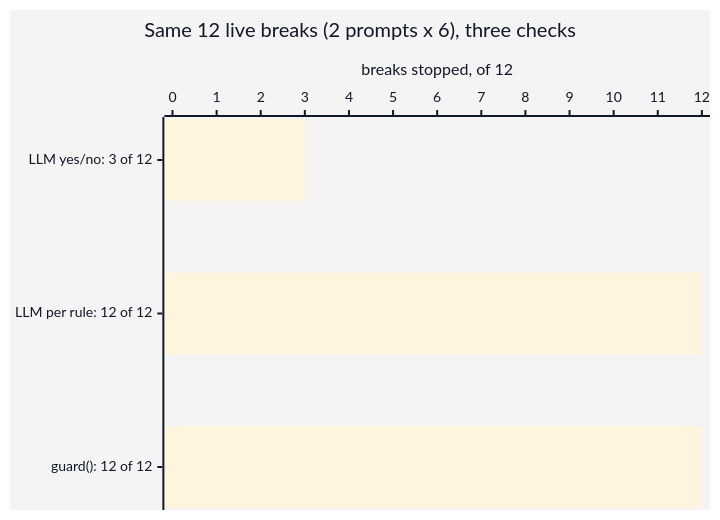
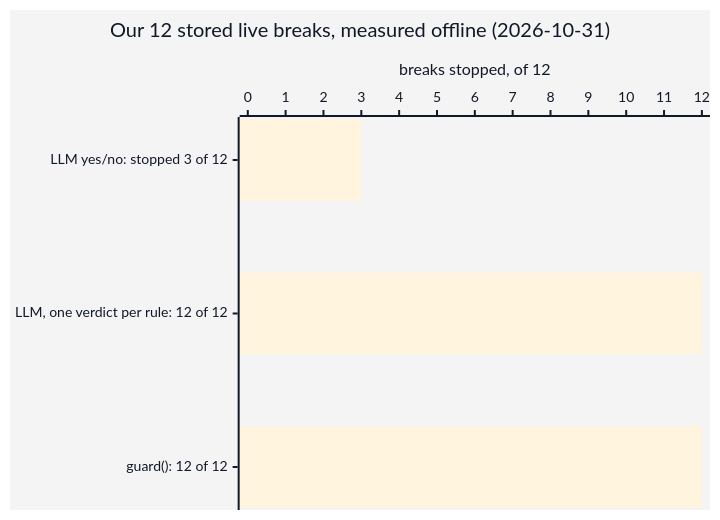
One commit to axel-sirota/getting_started_jev changed the diagram in course/diagrams/module_04/p2-demo-results.mmd. Above: the diagram before and after it, drawn with Mermaid. The commit also changed 29 other files, not shown here.

Commit message:
Module 4: notebooks and diagrams

```diff
--- a/course/diagrams/module_04/p2-demo-results.mmd
+++ b/course/diagrams/module_04/p2-demo-results.mmd
@@ -1,6 +1,6 @@
 %%{init: {"theme": "base", "themeVariables": {"fontFamily": "Inter, sans-serif", "primaryColor": "#ECF8F6", "primaryBorderColor": "#40B8A6", "primaryTextColor": "#111827", "lineColor": "#1A3D4D", "secondaryColor": "#F9FAFB", "tertiaryColor": "#FFFFFF", "clusterBkg": "#F9FAFB", "clusterBorder": "#D1D5DB", "actorBkg": "#ECF8F6", "actorBorder": "#40B8A6", "noteBkgColor": "#FFF6DA", "noteBorderColor": "#E0B84C"}}}%%
 xychart-beta horizontal
-  title "Same 12 live breaks (2 prompts x 6), three checks"
-  x-axis ["LLM yes/no: 3 of 12", "LLM per rule: 12 of 12", "guard(): 12 of 12"]
+  title "Our 12 stored live breaks, measured offline (2026-10-31)"
+  x-axis ["LLM yes/no: stopped 3 of 12", "LLM, one verdict per rule: 12 of 12", "guard(): 12 of 12"]
   y-axis "breaks stopped, of 12" 0 --> 12
   bar [3, 12, 12]
```
